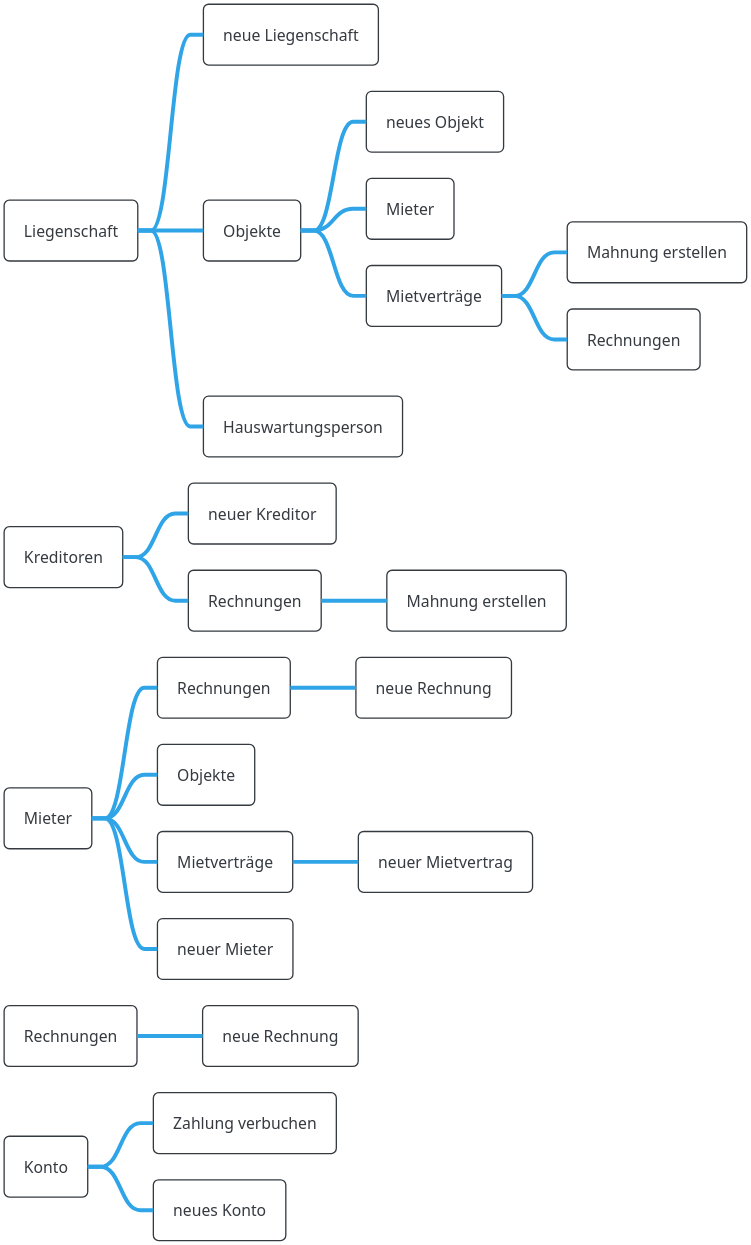
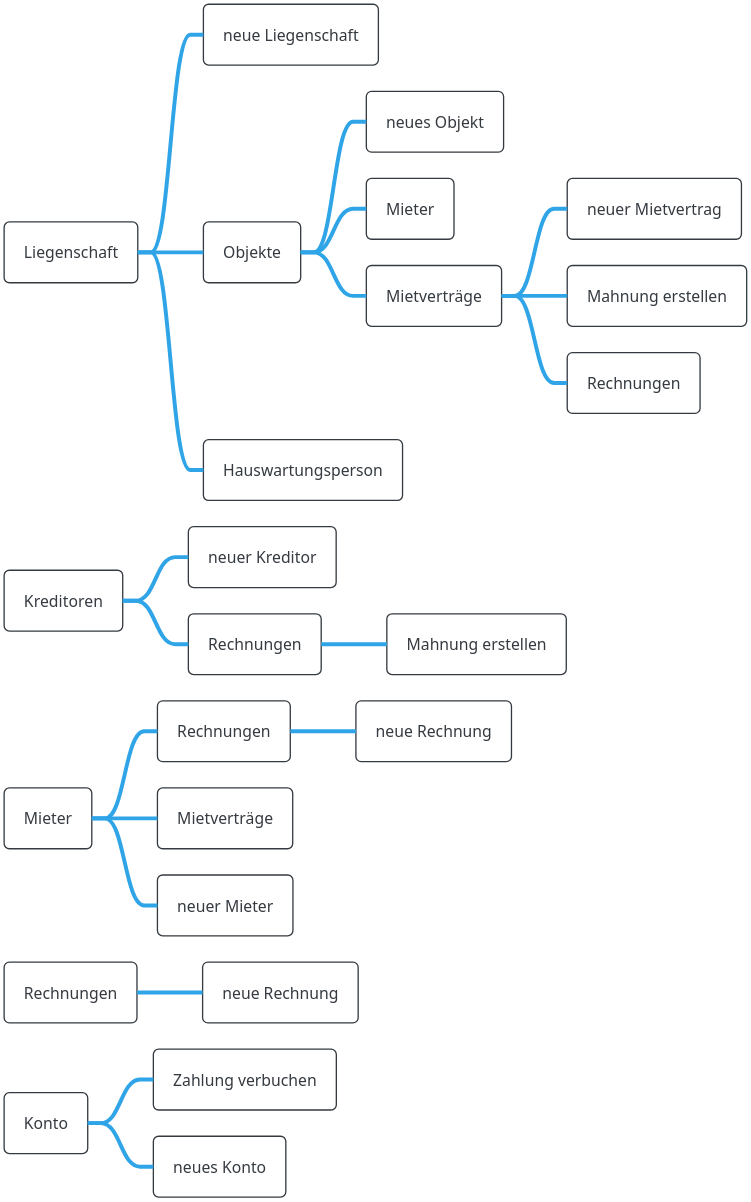
Before and after one commit to sirtheta/ImmoGlobal_Semesterarbeit: the diagram in docs/content/diagrams/guiMap.wsd, drawn with PlantUML. The commit also changed 7 other files, not shown here.

```diff
--- a/docs/content/diagrams/guiMap.wsd
+++ b/docs/content/diagrams/guiMap.wsd
@@ -1,32 +1,31 @@
 @startmindmap GuiMindMap
 !theme cerulean-outline
 skinparam dpi 300
 * Liegenschaft
 ** neue Liegenschaft
 ** Objekte
 *** neues Objekt
 *** Mieter
 *** Mietverträge
+**** neuer Mietvertrag
 **** Mahnung erstellen
 **** Rechnungen
 ** Hauswartungsperson
 
 * Kreditoren
 ** neuer Kreditor
 ** Rechnungen
 *** Mahnung erstellen
 
 * Mieter
 ** Rechnungen
 *** neue Rechnung
-** Objekte
 ** Mietverträge
-*** neuer Mietvertrag
 ** neuer Mieter
 
 * Rechnungen
 ** neue Rechnung
 * Konto
 ** Zahlung verbuchen
 ** neues Konto
 @endmindmap
```
